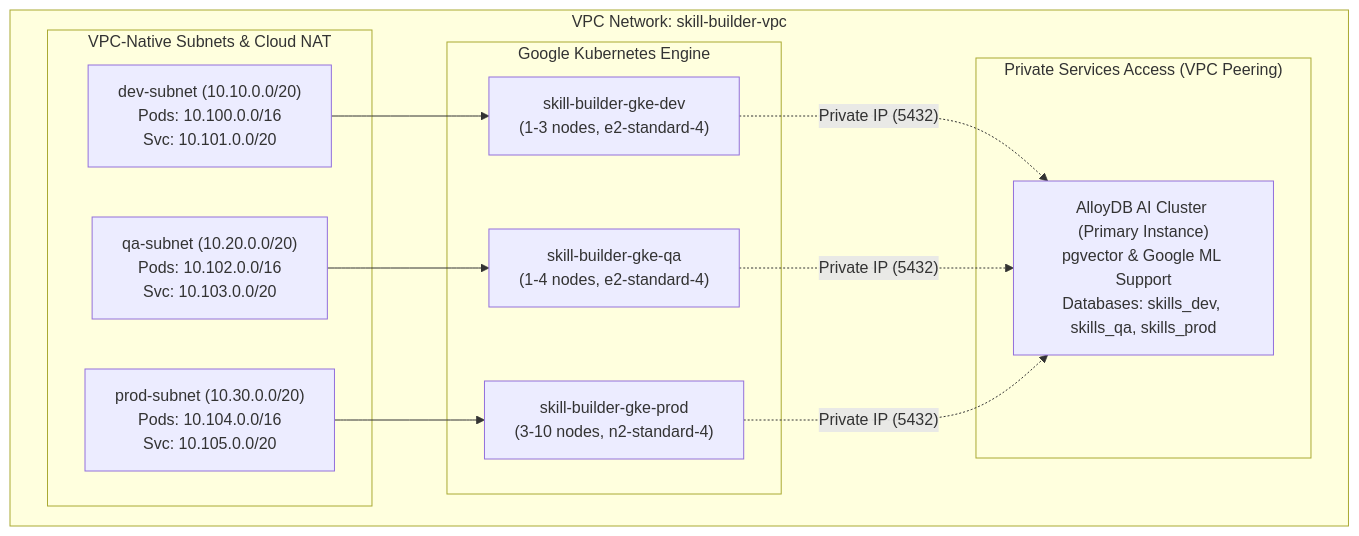
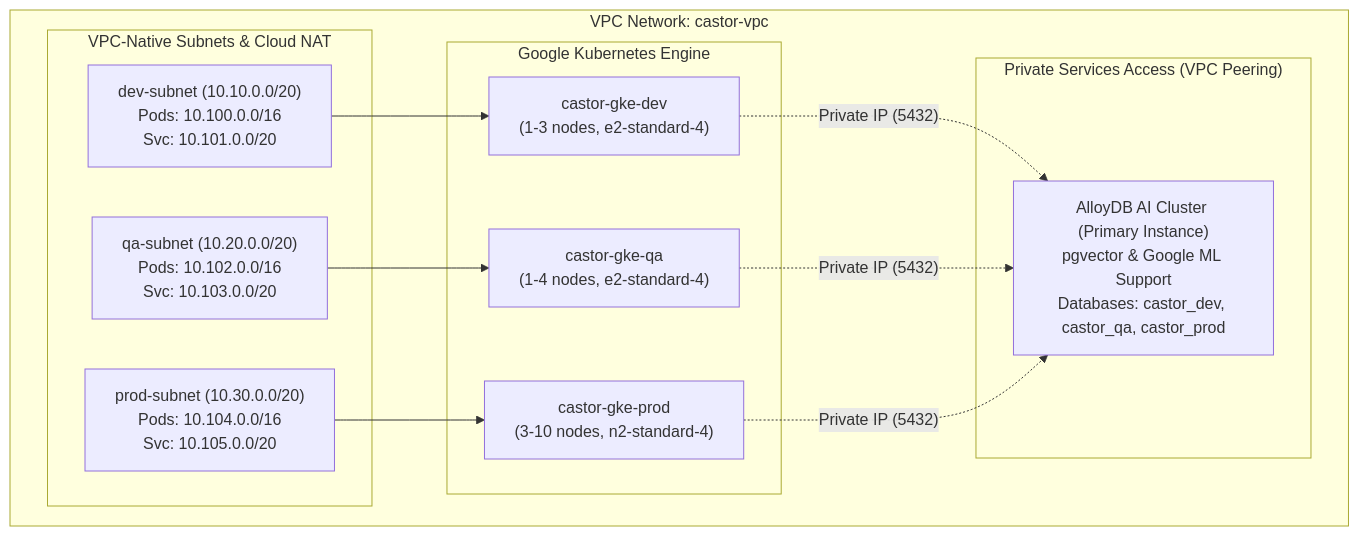
Before and after one commit to retail-cortex/skills: the diagram in deployments/README.md, drawn with Mermaid. The commit also changed other lines of this file and 90 other files, not shown here.

````diff
--- a/deployments/README.md
+++ b/deployments/README.md
@@ -43,27 +43,27 @@
 ```mermaid
 graph TD
-    subgraph VPC ["VPC Network: skill-builder-vpc"]
+    subgraph VPC ["VPC Network: castor-vpc"]
         subgraph Subnets ["VPC-Native Subnets & Cloud NAT"]
             SUB_DEV["dev-subnet (10.10.0.0/20)<br/>Pods: 10.100.0.0/16<br/>Svc: 10.101.0.0/20"]
             SUB_QA["qa-subnet (10.20.0.0/20)<br/>Pods: 10.102.0.0/16<br/>Svc: 10.103.0.0/20"]
             SUB_PROD["prod-subnet (10.30.0.0/20)<br/>Pods: 10.104.0.0/16<br/>Svc: 10.105.0.0/20"]
         end
 
         subgraph GKE ["Google Kubernetes Engine"]
-            GKE_DEV["skill-builder-gke-dev<br/>(1-3 nodes, e2-standard-4)"]
-            GKE_QA["skill-builder-gke-qa<br/>(1-4 nodes, e2-standard-4)"]
-            GKE_PROD["skill-builder-gke-prod<br/>(3-10 nodes, n2-standard-4)"]
+            GKE_DEV["castor-gke-dev<br/>(1-3 nodes, e2-standard-4)"]
+            GKE_QA["castor-gke-qa<br/>(1-4 nodes, e2-standard-4)"]
+            GKE_PROD["castor-gke-prod<br/>(3-10 nodes, n2-standard-4)"]
         end
 
         subgraph PSA ["Private Services Access (VPC Peering)"]
-            ALLOYDB["AlloyDB AI Cluster (Primary Instance)<br/>pgvector & Google ML Support<br/>Databases: skills_dev, skills_qa, skills_prod"]
+            ALLOYDB["AlloyDB AI Cluster (Primary Instance)<br/>pgvector & Google ML Support<br/>Databases: castor_dev, castor_qa, castor_prod"]
         end
     end
 
     SUB_DEV --> GKE_DEV
     SUB_QA --> GKE_QA
     SUB_PROD --> GKE_PROD
     GKE_DEV -. Private IP (5432) .-> ALLOYDB
     GKE_QA -. Private IP (5432) .-> ALLOYDB
     GKE_PROD -. Private IP (5432) .-> ALLOYDB
 ```
````
